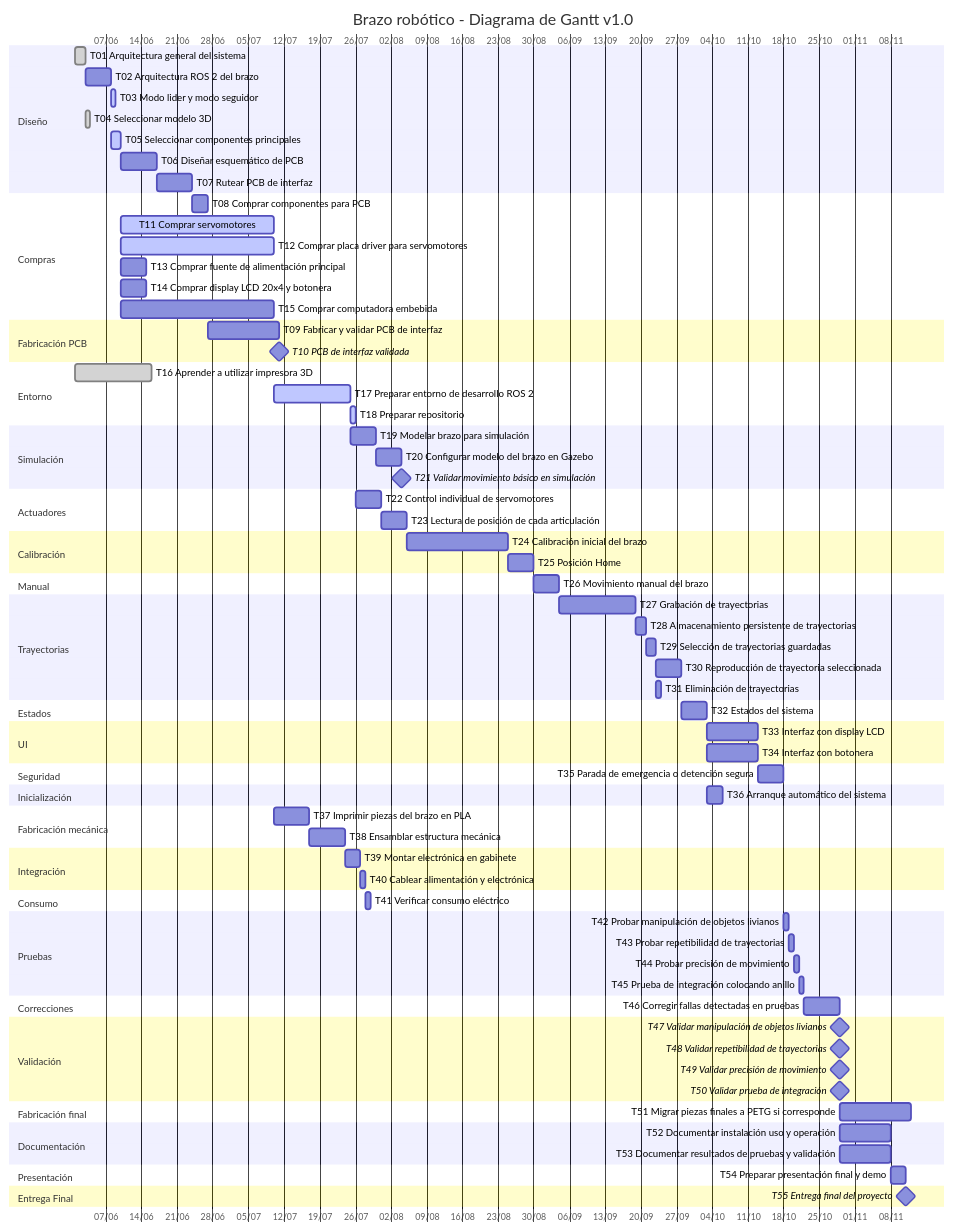
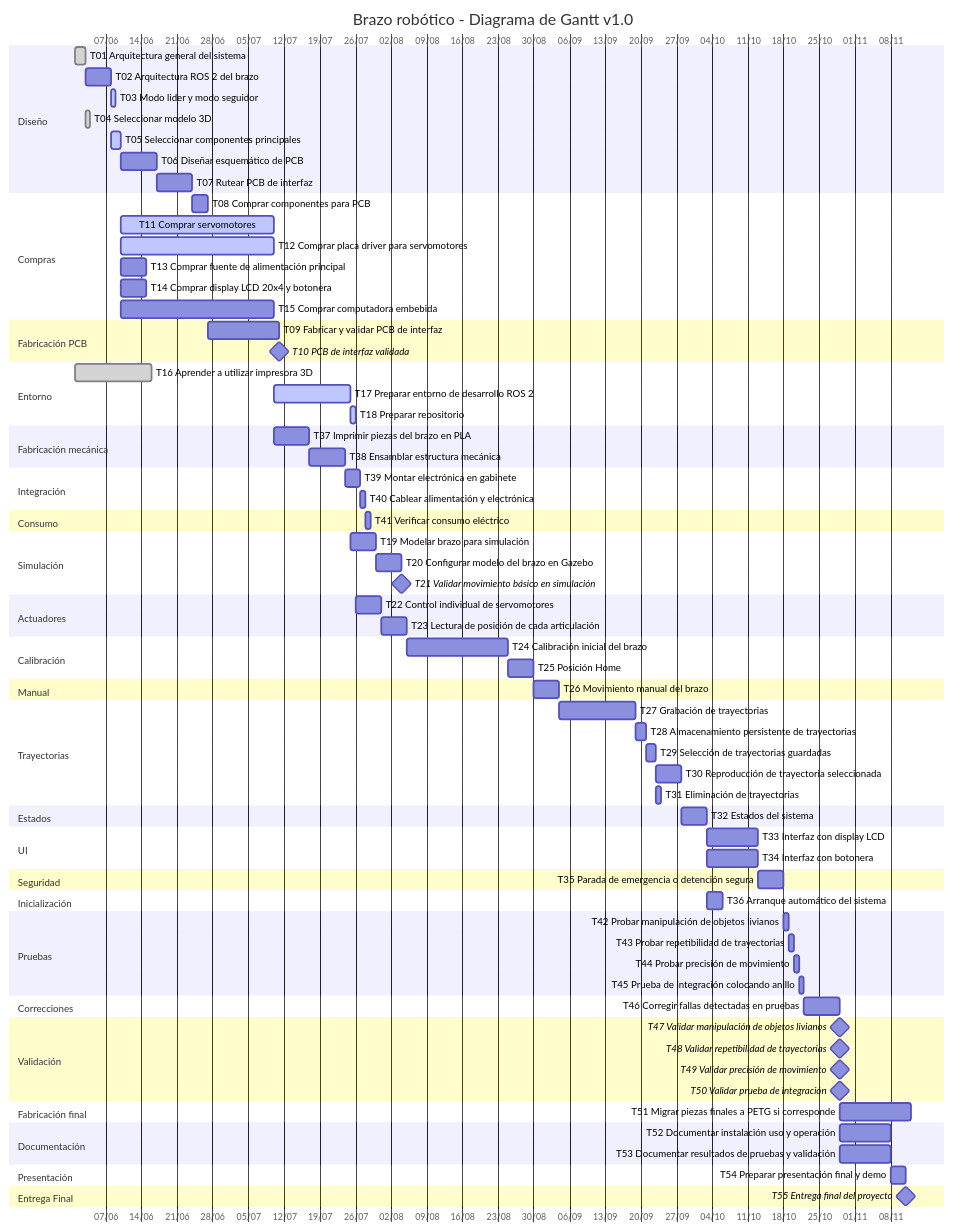
One commit to ealegremendoza/BrazoRobotico changed the diagram in doc/gantt/gantt.md. Above: the diagram before and after it, drawn with Mermaid. The commit also changed other lines of this file, not shown here.

```diff
--- a/doc/gantt/gantt.md
+++ b/doc/gantt/gantt.md
@@ -33,6 +33,17 @@
     T16 Aprender a utilizar impresora 3D                     :done, t16, 2026-06-01, 15d
     T17 Preparar entorno de desarrollo ROS 2                 :active, t17, after t02 t15, 15d
     T18 Preparar repositorio                                 :active, t18, after t17, 1d
+
+    section Fabricación mecánica
+    T37 Imprimir piezas del brazo en PLA                     :t37, after t04 t11 t16, 7d
+    T38 Ensamblar estructura mecánica                        :t38, after t11 t37, 7d
+
+    section Integración
+    T39 Montar electrónica en gabinete                       :t39, after t10 t11 t12 t13 t14 t15 t38, 3d
+    T40 Cablear alimentación y electrónica                   :t40, after t10 t38 t39, 1d
+
+    section Consumo
+    T41 Verificar consumo eléctrico                          :t41, after t40, 1d
 
     section Simulación
     T19 Modelar brazo para simulación                        :t19, after t04 t17, 5d
@@ -70,17 +81,6 @@
     section Inicialización
     T36 Arranque automático del sistema                      :t36, after t15 t17 t18 t32, 3d
 
-    section Fabricación mecánica
-    T37 Imprimir piezas del brazo en PLA                     :t37, after t04 t11 t16, 7d
-    T38 Ensamblar estructura mecánica                        :t38, after t11 t37, 7d
-
-    section Integración
-    T39 Montar electrónica en gabinete                       :t39, after t10 t11 t12 t13 t14 t15 t38, 3d
-    T40 Cablear alimentación y electrónica                   :t40, after t10 t38 t39, 1d
-
-    section Consumo
-    T41 Verificar consumo eléctrico                          :t41, after t40, 1d
-
     section Pruebas
     T42 Probar manipulación de objetos livianos              :t42, after t30 t35 t38 t40 t41, 1d
     T43 Probar repetibilidad de trayectorias                 :t43, after t42, 1d
```
